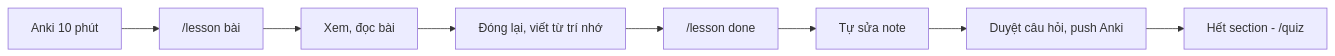
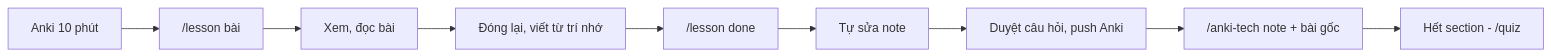
One commit to kyphan38/arca changed the diagram in docs/00-introduction/study-method.md. Above: the diagram before and after it, drawn with Mermaid. The commit also changed other lines of this file and 2 other files, not shown here.

Commit message:
docs(study-method): add anki-tech step for what notes leave out

````diff
--- a/docs/00-introduction/study-method.md
+++ b/docs/00-introduction/study-method.md
@@ -50,10 +54,11 @@
 ```mermaid
 flowchart LR
   A[Anki 10 phút] --> B["/lesson bài"]
   B --> C[Xem, đọc bài]
   C --> D[Đóng lại, viết từ trí nhớ]
   D --> E["/lesson done"]
   E --> F[Tự sửa note]
   F --> G[Duyệt câu hỏi, push Anki]
-  G --> H[Hết section - /quiz]
+  G --> T["/anki-tech note + bài gốc"]
+  T --> H[Hết section - /quiz]
 ```
````
